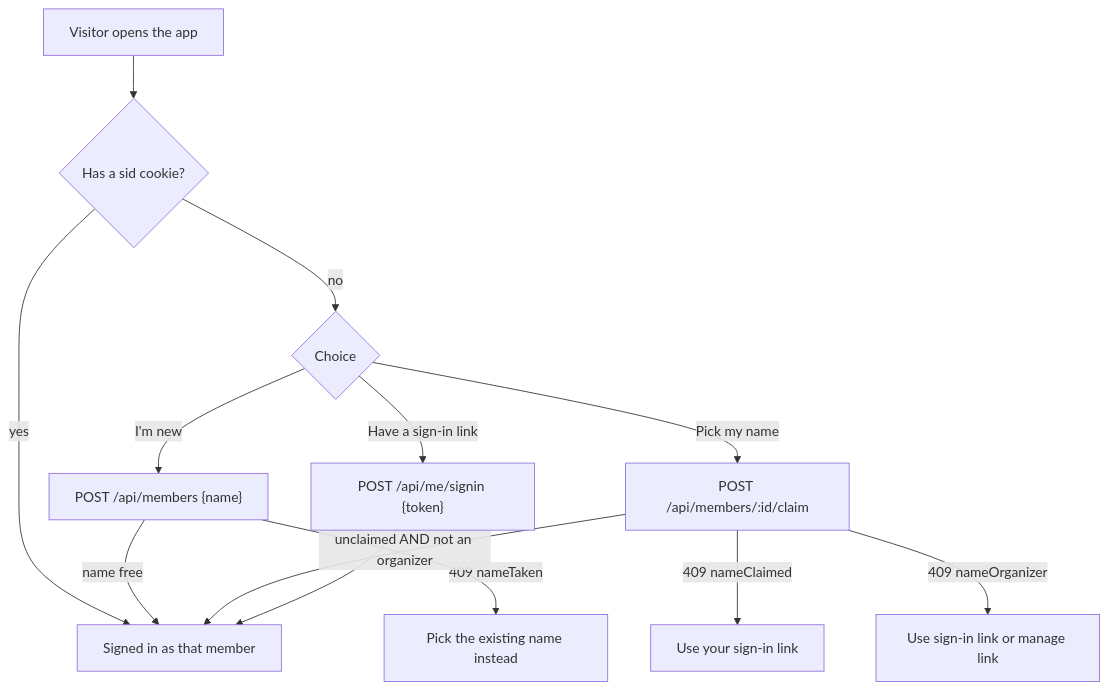
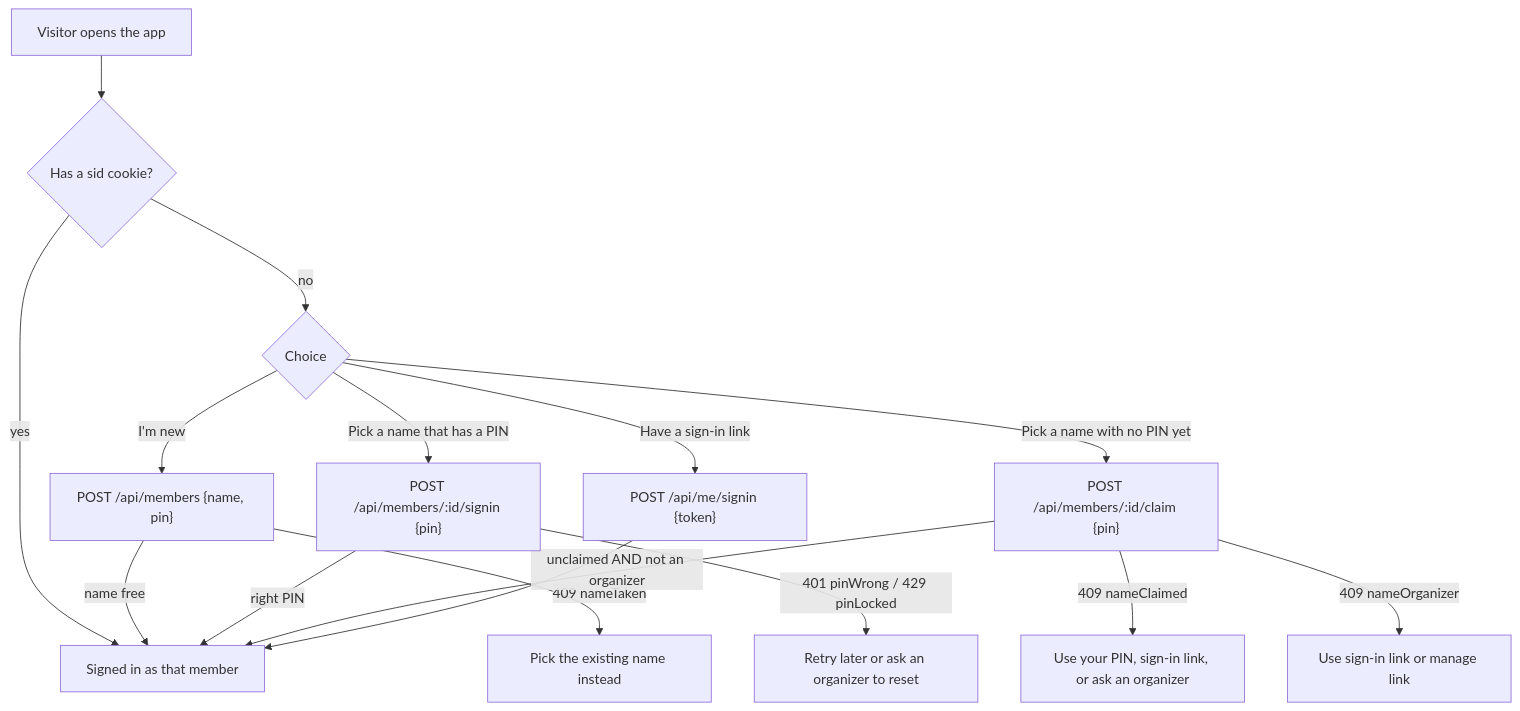
One commit to ThienNg65/event-planner changed the first of 2 diagrams in docs/03-identity-and-roles.md. Above: the diagram before and after it, drawn with Mermaid. The commit also changed other lines of this file and 30 other files, not shown here.

First line of the commit message:
feat: sign in with a 6-digit PIN

````diff
--- a/docs/03-identity-and-roles.md
+++ b/docs/03-identity-and-roles.md
@@ -18,14 +20,17 @@
 ```mermaid
 flowchart TD
     A[Visitor opens the app] --> B{Has a sid cookie?}
     B -- yes --> Z[Signed in as that member]
     B -- no --> C{Choice}
-    C -- "I'm new" --> D["POST /api/members {name}"]
+    C -- "I'm new" --> D["POST /api/members {name, pin}"]
     D -- name free --> Z
     D -- "409 nameTaken" --> E[Pick the existing name instead]
-    C -- Pick my name --> F["POST /api/members/:id/claim"]
+    C -- "Pick a name that has a PIN" --> P["POST /api/members/:id/signin {pin}"]
+    P -- right PIN --> Z
+    P -- "401 pinWrong / 429 pinLocked" --> Q[Retry later or ask an organizer to reset]
+    C -- "Pick a name with no PIN yet" --> F["POST /api/members/:id/claim {pin}"]
     F -- "unclaimed AND not an organizer" --> Z
-    F -- "409 nameClaimed" --> G[Use your sign-in link]
+    F -- "409 nameClaimed" --> G[Use your PIN, sign-in link, or ask an organizer]
     F -- "409 nameOrganizer" --> H[Use sign-in link or manage link]
     C -- Have a sign-in link --> I["POST /api/me/signin {token}"] --> Z
 ```
````
